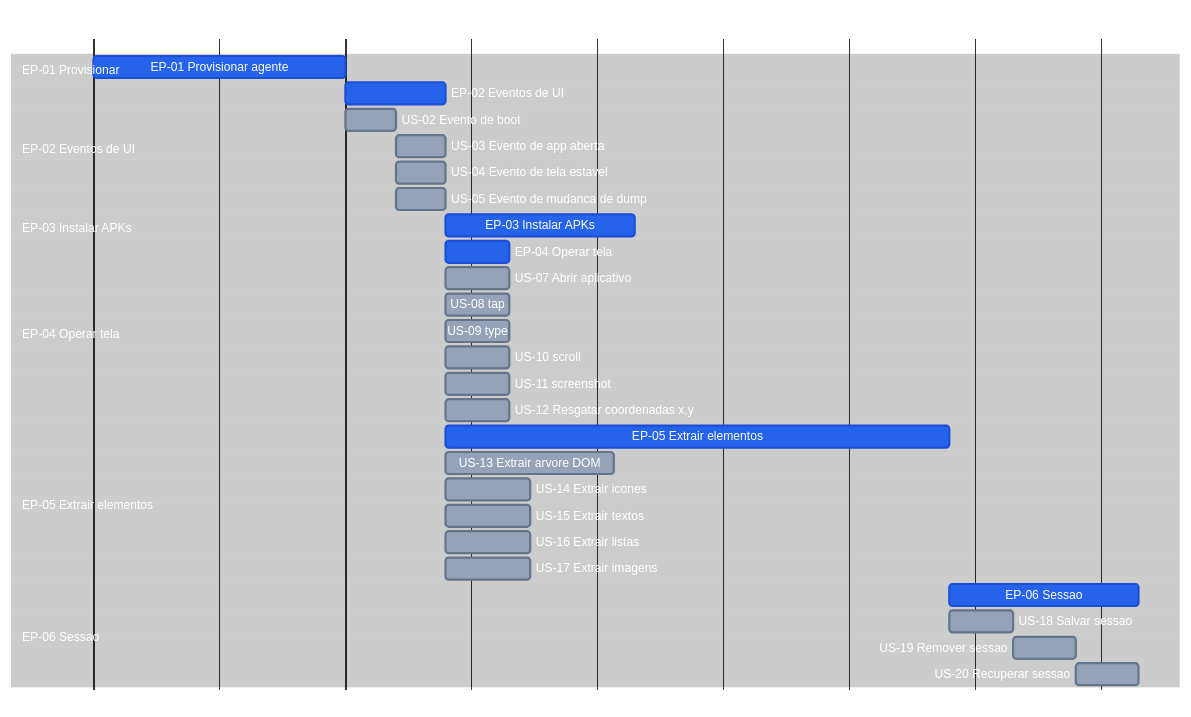
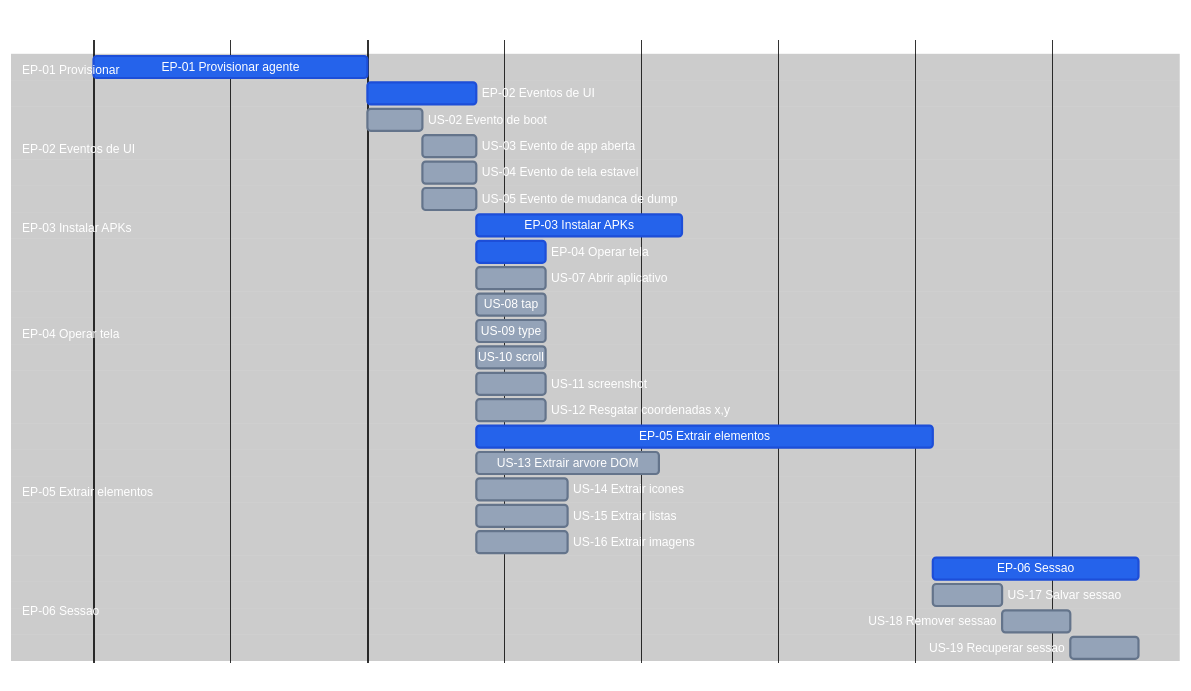
One commit to laerciogermano/workstation changed the diagram in connectmax/screen-robot/6.roadmap.md. Above: the diagram before and after it, drawn with Mermaid. The commit also changed 8 other files, not shown here.

Commit message:
Remove Extrair textos (US-15); textos ficam na árvore DOM (US-13).

````diff
--- a/connectmax/screen-robot/6.roadmap.md
+++ b/connectmax/screen-robot/6.roadmap.md
@@ -9,75 +9,74 @@
 ```mermaid
 ---
 config:
   theme: base
   themeVariables:
     darkMode: true
     background: '#000000'
     primaryTextColor: '#ffffff'
     secondaryTextColor: '#ffffff'
     tertiaryTextColor: '#ffffff'
     textColor: '#ffffff'
     lineColor: '#333333'
     mainBkg: '#000000'
     secondaryColor: '#000000'
     tertiaryColor: '#000000'
     sectionBkgColor: '#000000'
     sectionBkgColor2: '#000000'
     altSectionBkgColor: '#000000'
     gridColor: '#222222'
     excludeBkgColor: '#000000'
     todayLineColor: '#444444'
     doneTaskBkgColor: '#2563eb'
     doneTaskBorderColor: '#1d4ed8'
     taskBkgColor: '#94a3b8'
     taskBorderColor: '#64748b'
     taskTextColor: '#ffffff'
     taskTextDarkColor: '#ffffff'
     taskTextLightColor: '#ffffff'
     taskTextOutsideColor: '#ffffff'
     critBkgColor: '#2563eb'
     critBorderColor: '#1d4ed8'
     activeTaskBkgColor: '#94a3b8'
     activeTaskBorderColor: '#64748b'
 ---
 gantt
   title screen-robot EP / US
   dateFormat X
   axisFormat %s
 
   section EP-01 Provisionar
   EP-01 Provisionar agente              :done, ep01, 0, 60m
 
   section EP-02 Eventos de UI
   EP-02 Eventos de UI                   :done, ep02, after ep01, 24m
   US-02 Evento de boot                  :us02, after ep01, 12m
   US-03 Evento de app aberta            :us03, after us02, 12m
   US-04 Evento de tela estavel          :us04, after us02, 12m
   US-05 Evento de mudanca de dump       :us05, after us02, 12m
 
   section EP-03 Instalar APKs
   EP-03 Instalar APKs                   :done, ep03, after us05, 45m
 
   section EP-04 Operar tela
   EP-04 Operar tela                     :done, ep04, after us05, 15m
   US-07 Abrir aplicativo                :us07, after us05, 15m
   US-08 tap                             :us08, after us05, 15m
   US-09 type                            :us09, after us05, 15m
   US-10 scroll                          :us10, after us05, 15m
   US-11 screenshot                      :us11, after us05, 15m
   US-12 Resgatar coordenadas x,y        :us12, after us05, 15m
 
   section EP-05 Extrair elementos
-  EP-05 Extrair elementos               :done, ep05, after us05, 120m
+  EP-05 Extrair elementos               :done, ep05, after us05, 100m
   US-13 Extrair arvore DOM              :us13, after us05, 40m
   US-14 Extrair icones                  :us14, after us05, 20m
-  US-15 Extrair textos                  :us15, after us05, 20m
-  US-16 Extrair listas                  :us16, after us05, 20m
-  US-17 Extrair imagens                 :us17, after us05, 20m
+  US-15 Extrair listas                  :us15, after us05, 20m
+  US-16 Extrair imagens                 :us16, after us05, 20m
 
   section EP-06 Sessao
   EP-06 Sessao                          :done, ep06, after ep05, 45m
-  US-18 Salvar sessao                   :us18, after ep05, 15m
-  US-19 Remover sessao                  :us19, after us18, 15m
-  US-20 Recuperar sessao                :us20, after us19, 15m
+  US-17 Salvar sessao                   :us17, after ep05, 15m
+  US-18 Remover sessao                  :us18, after us17, 15m
+  US-19 Recuperar sessao                :us19, after us18, 15m
 ```
````
